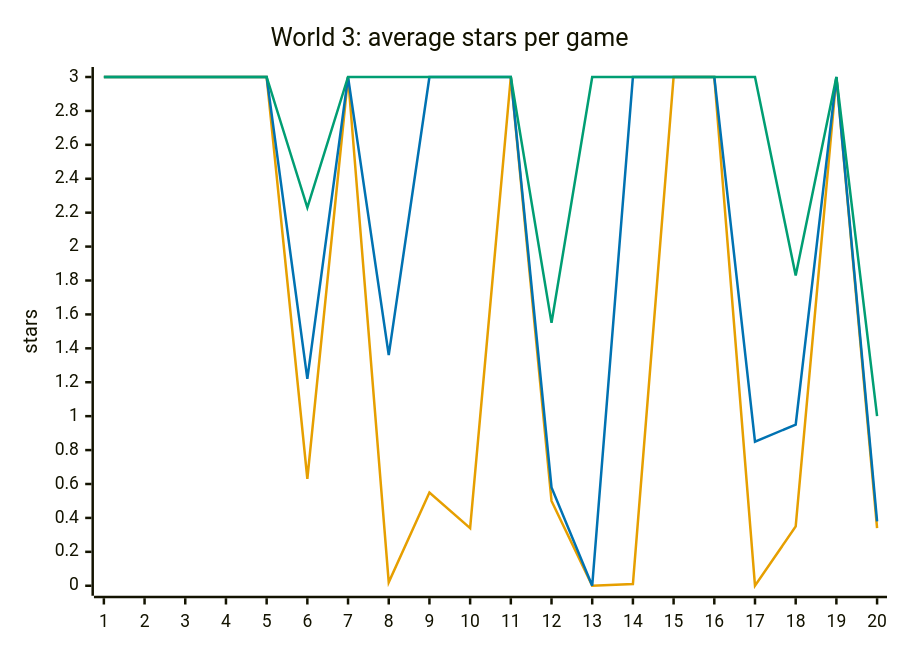
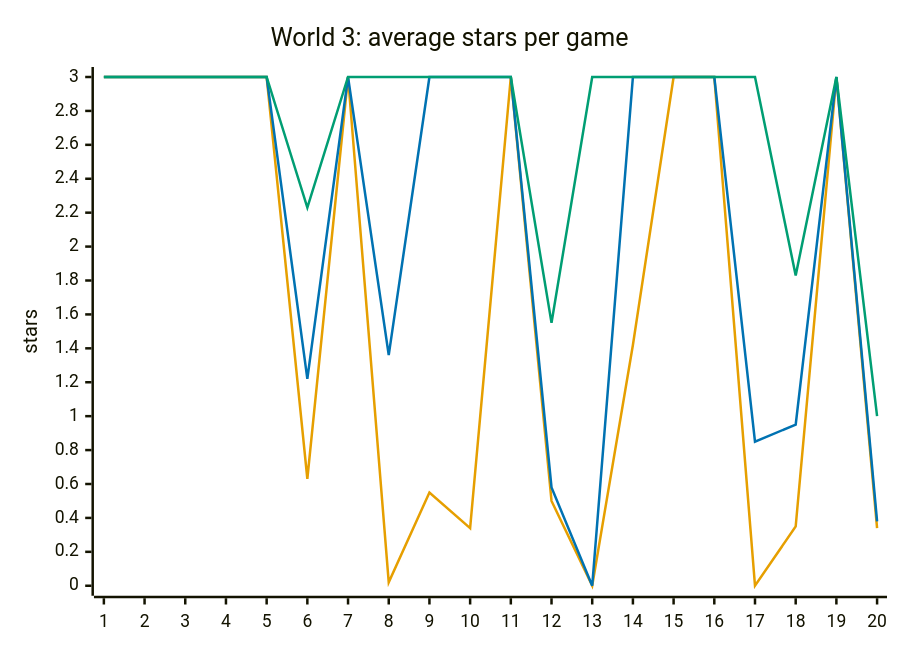
The sixth of 8 diagrams in docs/design/difficulty.md (Pavelya/dots), drawn with Mermaid before and after one commit. The commit also changed other lines of this file and 2 other files, not shown here.

````diff
--- a/docs/design/difficulty.md
+++ b/docs/design/difficulty.md
@@ -237,10 +238,10 @@
 ```mermaid
 %%{init: {"themeVariables": {"xyChart": {"plotColorPalette": "#E69F00, #0072B2, #009E73, #999999"}}}}%%
 xychart-beta
     title "World 3: average stars per game"
     x-axis ["1", "2", "3", "4", "5", "6", "7", "8", "9", "10", "11", "12", "13", "14", "15", "16", "17", "18", "19", "20"]
     y-axis "stars" 0 --> 3
-    line [3.00, 3.00, 3.00, 3.00, 3.00, 0.63, 3.00, 0.02, 0.55, 0.34, 3.00, 0.50, 0.00, 0.01, 3.00, 3.00, 0.00, 0.35, 3.00, 0.34]
+    line [3.00, 3.00, 3.00, 3.00, 3.00, 0.63, 3.00, 0.02, 0.55, 0.34, 3.00, 0.50, 0.00, 1.42, 3.00, 3.00, 0.00, 0.35, 3.00, 0.34]
     line [3.00, 3.00, 3.00, 3.00, 3.00, 1.22, 3.00, 1.36, 3.00, 3.00, 3.00, 0.58, 0.00, 3.00, 3.00, 3.00, 0.85, 0.95, 3.00, 0.38]
     line [3.00, 3.00, 3.00, 3.00, 3.00, 2.23, 3.00, 3.00, 3.00, 3.00, 3.00, 1.55, 3.00, 3.00, 3.00, 3.00, 3.00, 1.83, 3.00, 1.00]
 ```
````
